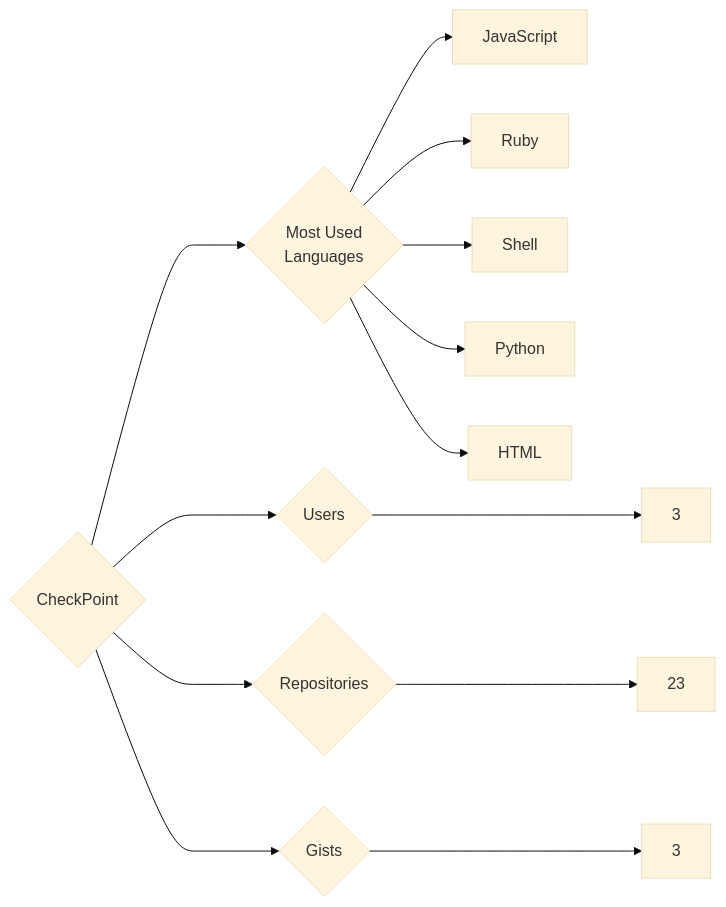
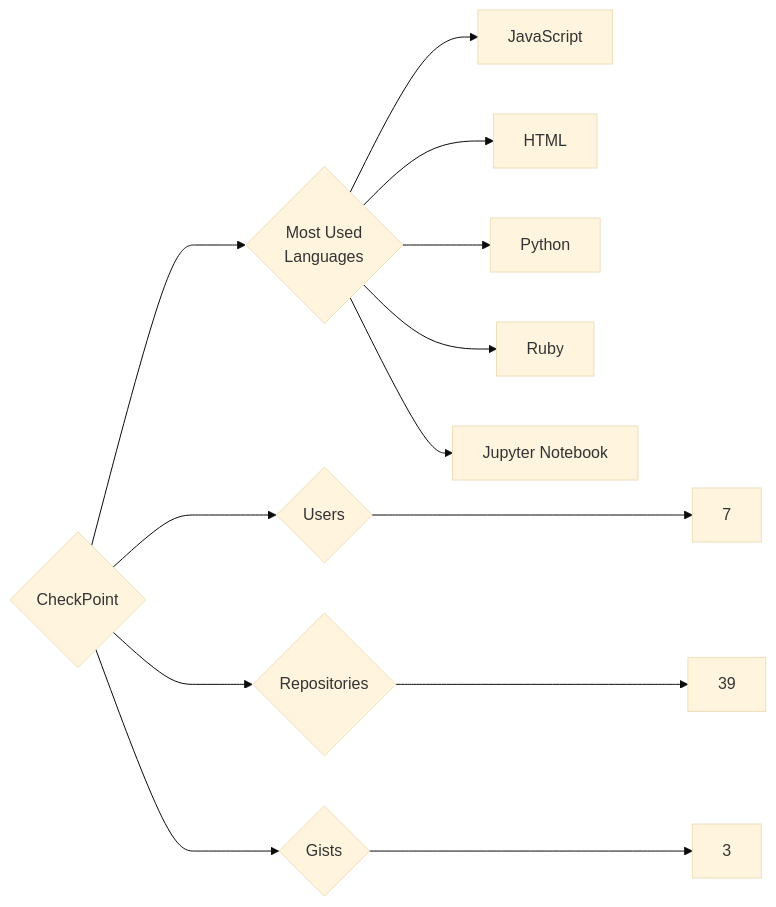
The diagram in targets/CheckPoint/README.md (trickest/insiders), drawn with Mermaid (base theme) before and after one commit. The commit also changed 1020 other files, not shown here.

````diff
--- a/targets/CheckPoint/README.md
+++ b/targets/CheckPoint/README.md
@@ -3,13 +3,13 @@
 ```mermaid
 graph LR
 COMPANY_NAME{CheckPoint}
-COMPANY_NAME ---> U{Users} ---> UN[3]
-COMPANY_NAME ---> R{Repositories} ---> RN[23]
+COMPANY_NAME ---> U{Users} ---> UN[7]
+COMPANY_NAME ---> R{Repositories} ---> RN[39]
 COMPANY_NAME ---> G{Gists} ---> GN[3]
 COMPANY_NAME ---> ML{Most Used<br>Languages}
 ML --> JavaScript[JavaScript]
+ML --> HTML[HTML]
+ML --> Python[Python]
 ML --> Ruby[Ruby]
-ML --> Shell[Shell]
-ML --> Python[Python]
-ML --> HTML[HTML]
+ML --> Jupyter_Notebook[Jupyter Notebook]
 ```
````
